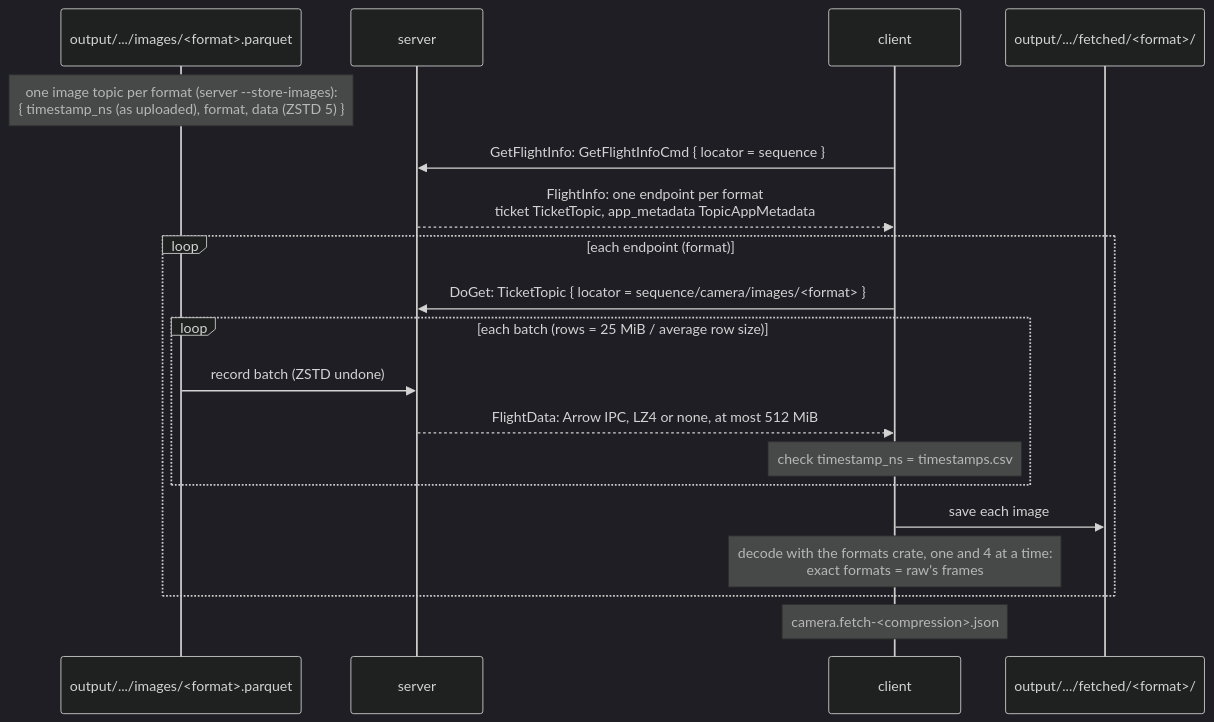
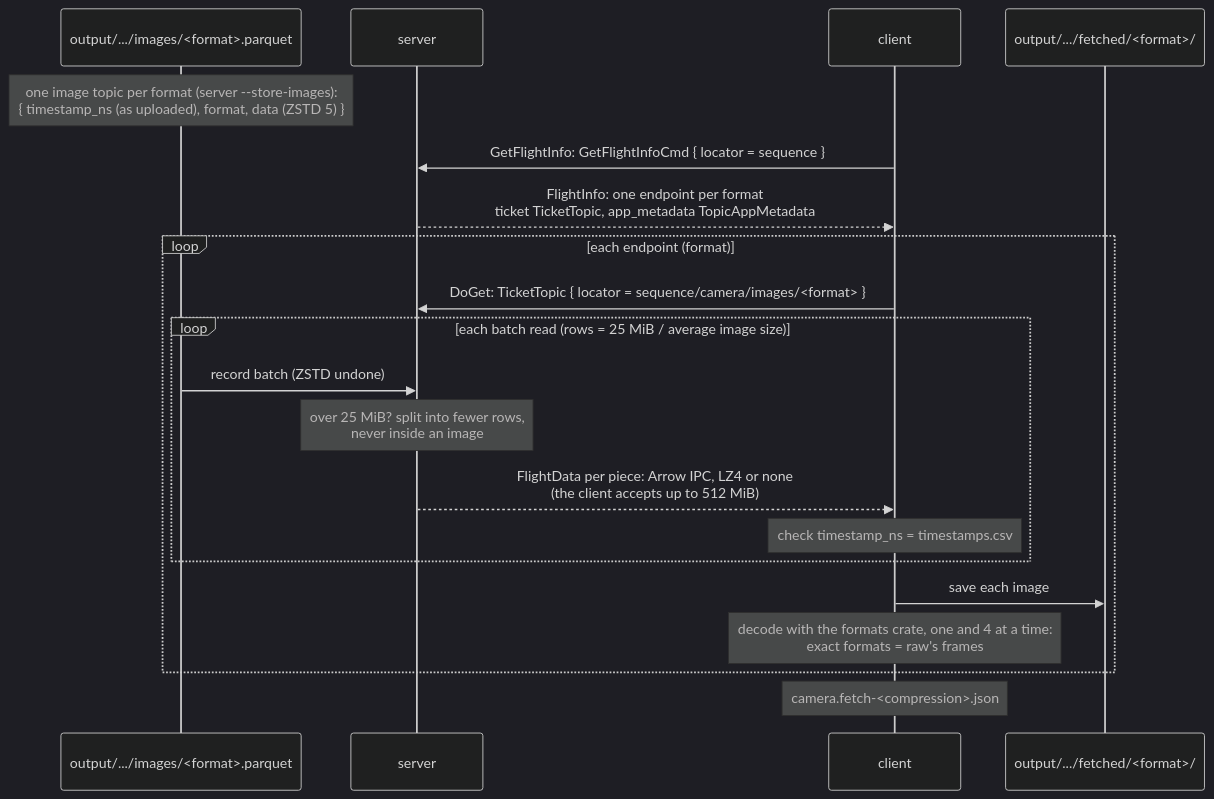
One commit to mosaico-labs/video-pocs changed the diagram in image-sequence/image-results/regular/batch_060/preset_5_crf_18/client/README.md. Above: the diagram before and after it, drawn with Mermaid (dark theme). The commit also changed other lines of this file and 1 other file, not shown here.

Commit message:
image-sequence: simplify client explanation

````diff
--- a/image-sequence/image-results/regular/batch_060/preset_5_crf_18/client/README.md
+++ b/image-sequence/image-results/regular/batch_060/preset_5_crf_18/client/README.md
@@ -5,22 +5,23 @@
 ```mermaid
 sequenceDiagram
     participant P as output/.../images/<format>.parquet
     participant S as server
     participant C as client
     participant F as output/.../fetched/<format>/
 
     Note over P: one image topic per format (server --store-images):<br/>{ timestamp_ns (as uploaded), format, data (ZSTD 5) }
     C->>S: GetFlightInfo: GetFlightInfoCmd { locator = sequence }
     S-->>C: FlightInfo: one endpoint per format<br/>ticket TicketTopic, app_metadata TopicAppMetadata
     loop each endpoint (format)
         C->>S: DoGet: TicketTopic { locator = sequence/camera/images/<format> }
-        loop each batch (rows = 25 MiB / average row size)
+        loop each batch read (rows = 25 MiB / average image size)
             P->>S: record batch (ZSTD undone)
-            S-->>C: FlightData: Arrow IPC, LZ4 or none, at most 512 MiB
+            Note over S: over 25 MiB? split into fewer rows,<br/>never inside an image
+            S-->>C: FlightData per piece: Arrow IPC, LZ4 or none<br/>(the client accepts up to 512 MiB)
             Note over C: check timestamp_ns = timestamps.csv
         end
         C->>F: save each image
         Note over C: decode with the formats crate, one and 4 at a time:<br/>exact formats = raw's frames
     end
     Note over C: camera.fetch-<compression>.json
 ```
````
